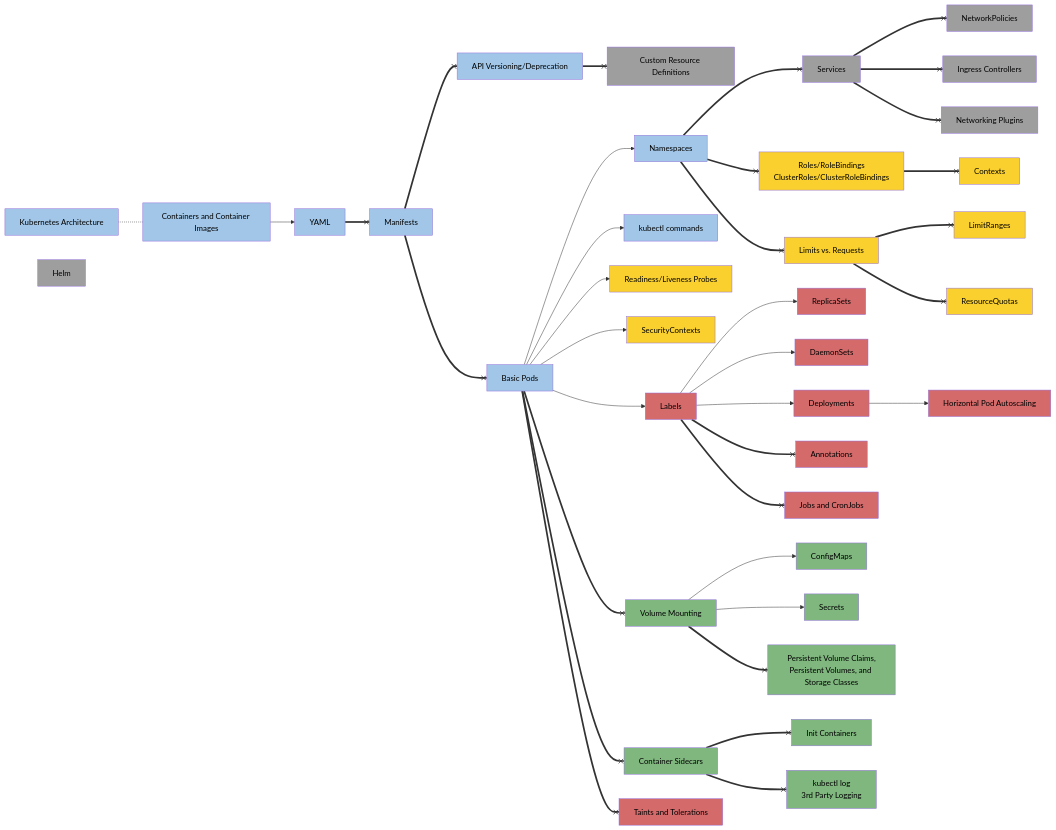
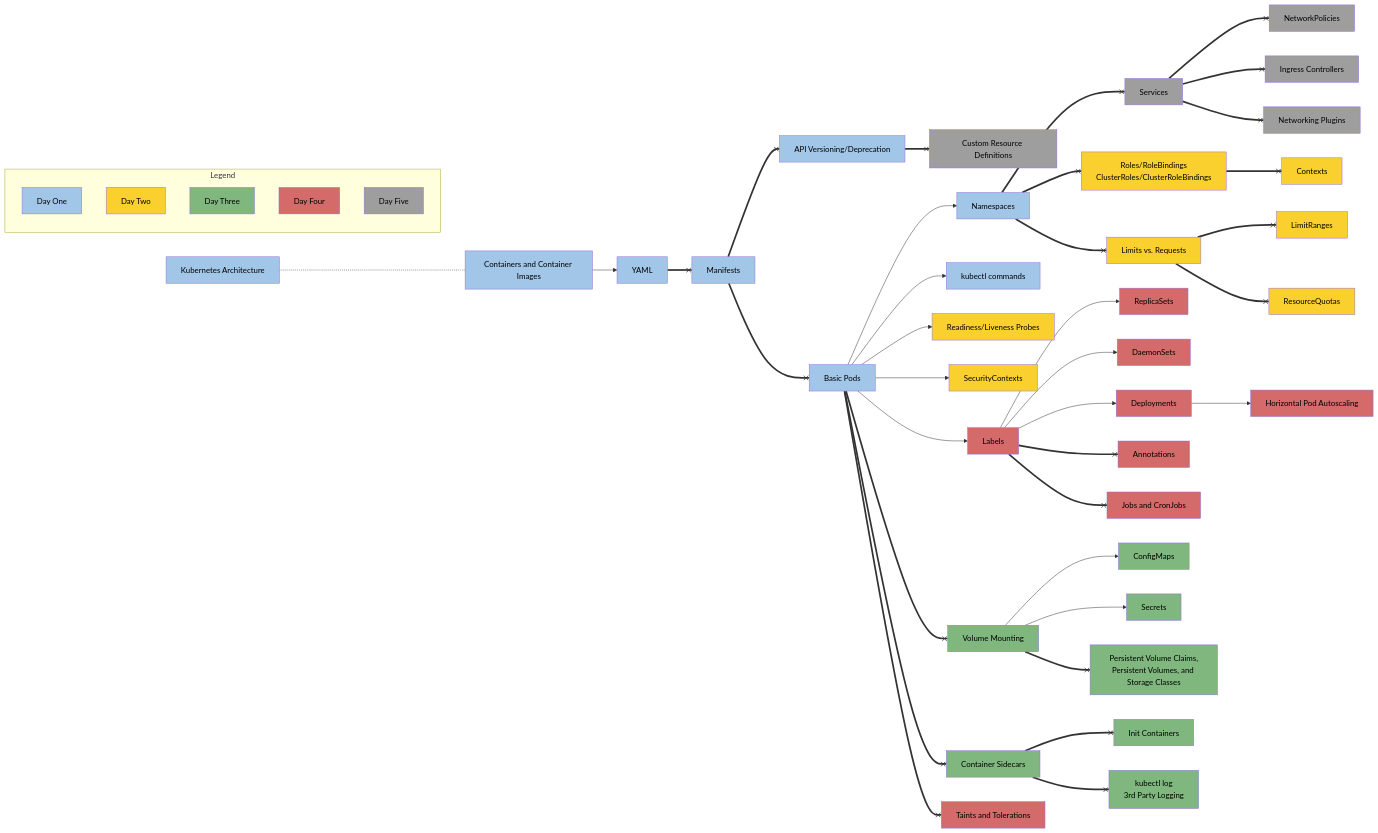
The second of 2 diagrams in CKAD.md (csfeeser/mermaid_work), drawn with Mermaid before and after one commit. The commit also changed other lines of this file, not shown here.

````diff
--- a/CKAD.md
+++ b/CKAD.md
@@ -109,6 +109,18 @@
     D ==x E
     L ==x H["<span style='color:black;'>ResourceQuotas</span>"]
     style H fill:#FAD02E
-    AH["<span style='color:black;'>Helm</span>"]
-    style AH fill:#9E9E9E
+
+    subgraph Legend
+        L1["<span style='color:black;'>Day One</span>"]
+        L2["<span style='color:black;'>Day Two</span>"]
+        L3["<span style='color:black;'>Day Three</span>"]
+        L4["<span style='color:black;'>Day Four</span>"]
+        L5["<span style='color:black;'>Day Five</span>"]
+    end
+
+    style L1 fill:#A1C6E7
+    style L2 fill:#FAD02E
+    style L3 fill:#7FB77E
+    style L4 fill:#D46A6A
+    style L5 fill:#9E9E9E
 ```
````
